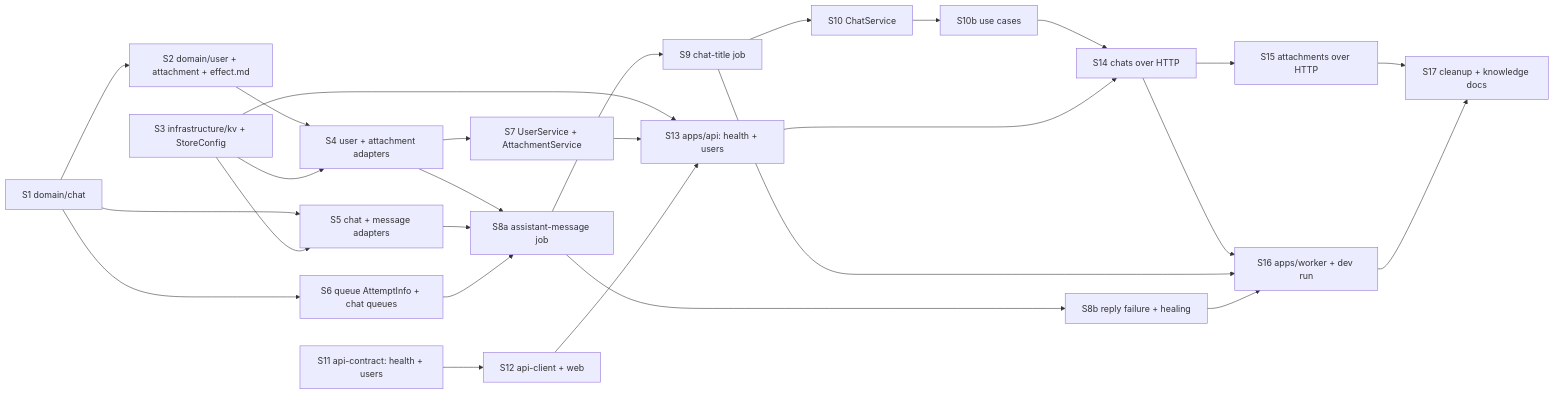
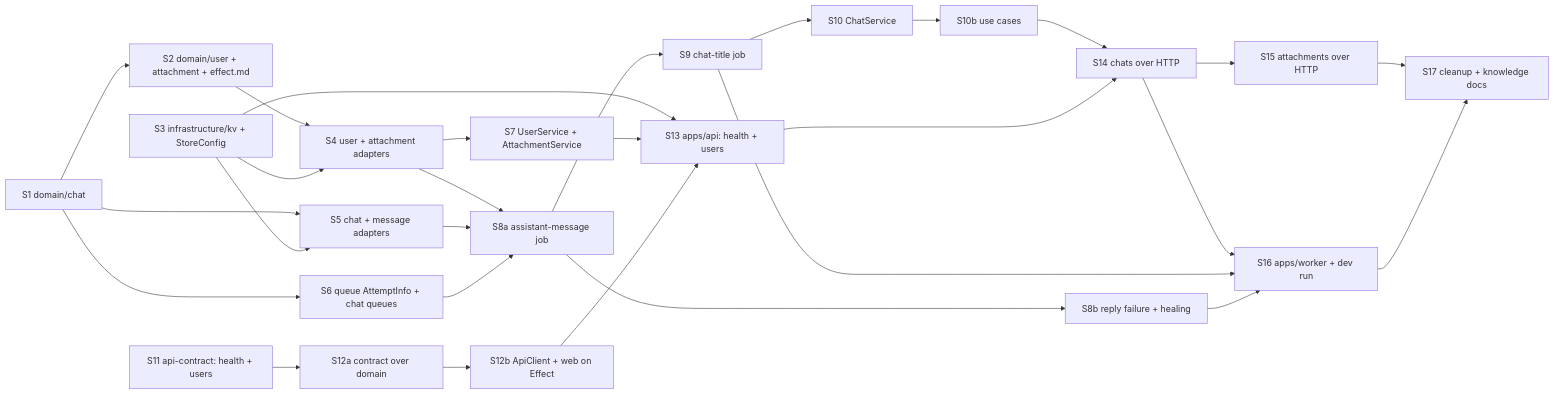
Before and after one commit to khotei/app-template: the diagram in docs/tickets/2026-10-17_chat-core/plan.md, drawn with Mermaid. The commit also changed other lines of this file and 33 other files, not shown here.

````diff
--- a/docs/tickets/2026-10-17_chat-core/plan.md
+++ b/docs/tickets/2026-10-17_chat-core/plan.md
@@ -32,30 +32,31 @@
 ```mermaid
 graph LR
   S1[S1 domain/chat] --> S2[S2 domain/user + attachment + effect.md]
   S3[S3 infrastructure/kv + StoreConfig]
   S2 --> S4[S4 user + attachment adapters]
   S3 --> S4
   S1 --> S5[S5 chat + message adapters]
   S3 --> S5
   S1 --> S6[S6 queue AttemptInfo + chat queues]
   S4 --> S7[S7 UserService + AttachmentService]
   S4 --> S8a[S8a assistant-message job]
   S5 --> S8a
   S6 --> S8a
   S8a --> S8b[S8b reply failure + healing]
   S8a --> S9[S9 chat-title job]
   S9 --> S10[S10 ChatService]
-  S11[S11 api-contract: health + users] --> S12[S12 api-client + web]
+  S11[S11 api-contract: health + users] --> S12a[S12a contract over domain]
+  S12a --> S12b[S12b ApiClient + web on Effect]
   S3 --> S13[S13 apps/api: health + users]
   S7 --> S13
-  S12 --> S13
+  S12b --> S13
   S10 --> S10b[S10b use cases]
   S10b --> S14[S14 chats over HTTP]
   S13 --> S14
   S14 --> S15[S15 attachments over HTTP]
   S14 --> S16[S16 apps/worker + dev run]
   S9 --> S16
   S8b --> S16
   S15 --> S17[S17 cleanup + knowledge docs]
   S16 --> S17
 ```
````
